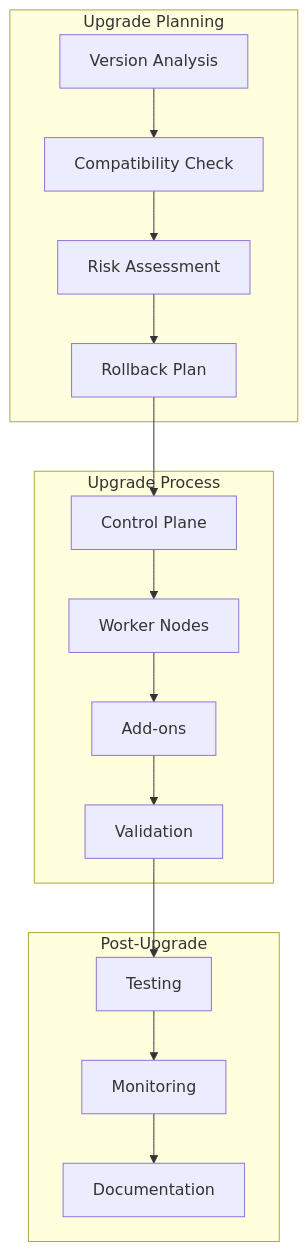
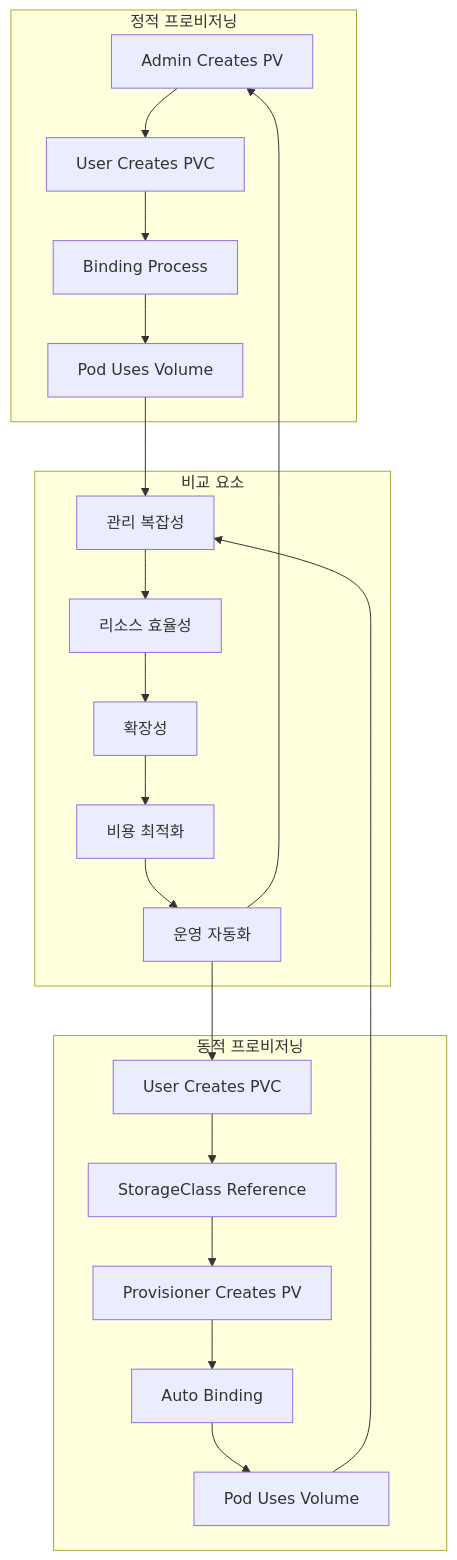
One commit to niceguy61/kdt_devops_lecture_2025 changed the second of 4 diagrams in week_02/day_04/session_02.md. Above: the diagram before and after it, drawn with Mermaid. The commit also changed other lines of this file and 38 other files, not shown here.

````diff
--- a/week_02/day_04/session_02.md
+++ b/week_02/day_04/session_02.md
@@ -15,22 +131,27 @@
 ```mermaid
 graph TB
-    subgraph "Upgrade Planning"
-        A[Version Analysis] --> B[Compatibility Check]
-        B --> C[Risk Assessment]
-        C --> D[Rollback Plan]
+    subgraph "정적 프로비저닝"
+        A[Admin Creates PV] --> B[User Creates PVC]
+        B --> C[Binding Process]
+        C --> D[Pod Uses Volume]
     end
     
-    subgraph "Upgrade Process"
-        E[Control Plane] --> F[Worker Nodes]
-        F --> G[Add-ons]
-        G --> H[Validation]
+    subgraph "동적 프로비저닝"
+        E[User Creates PVC] --> F[StorageClass Reference]
+        F --> G[Provisioner Creates PV]
+        G --> H[Auto Binding]
+        H --> I[Pod Uses Volume]
     end
     
-    subgraph "Post-Upgrade"
-        I[Testing] --> J[Monitoring]
-        J --> K[Documentation]
+    subgraph "비교 요소"
+        J[관리 복잡성] --> K[리소스 효율성]
+        K --> L[확장성]
+        L --> M[비용 최적화]
+        M --> N[운영 자동화]
     end
     
-    D --> E
-    H --> I
+    D --> J
+    I --> J
+    N --> A
+    N --> E
 ```
````
